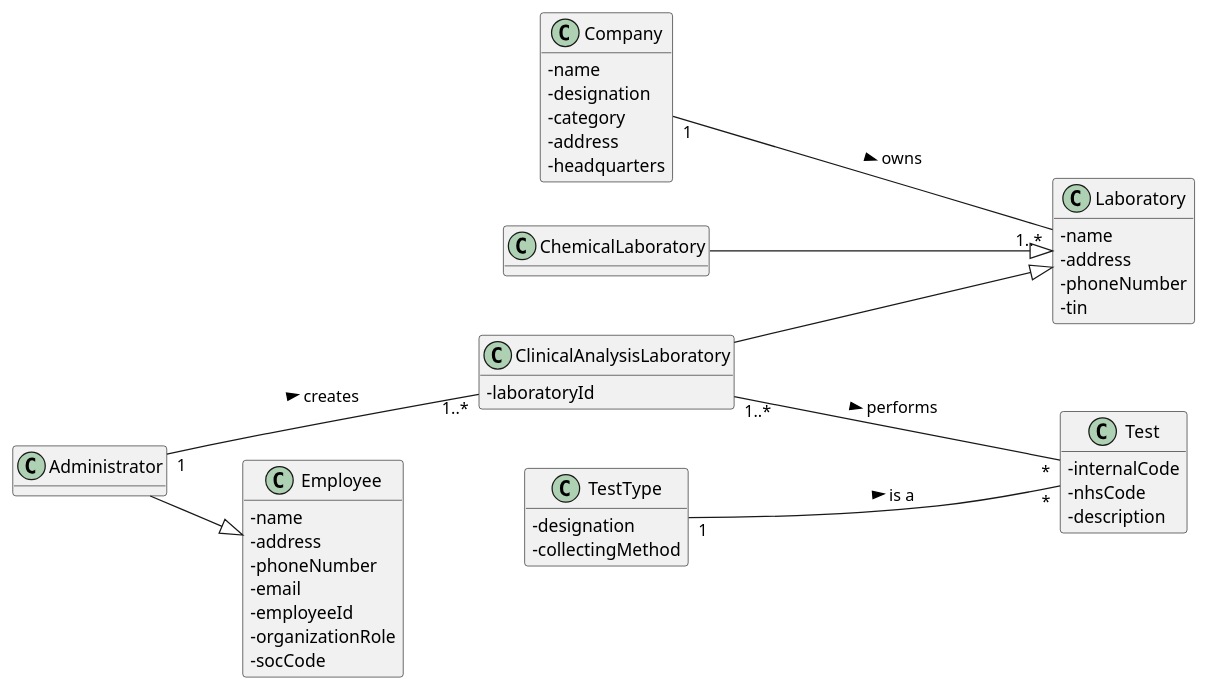
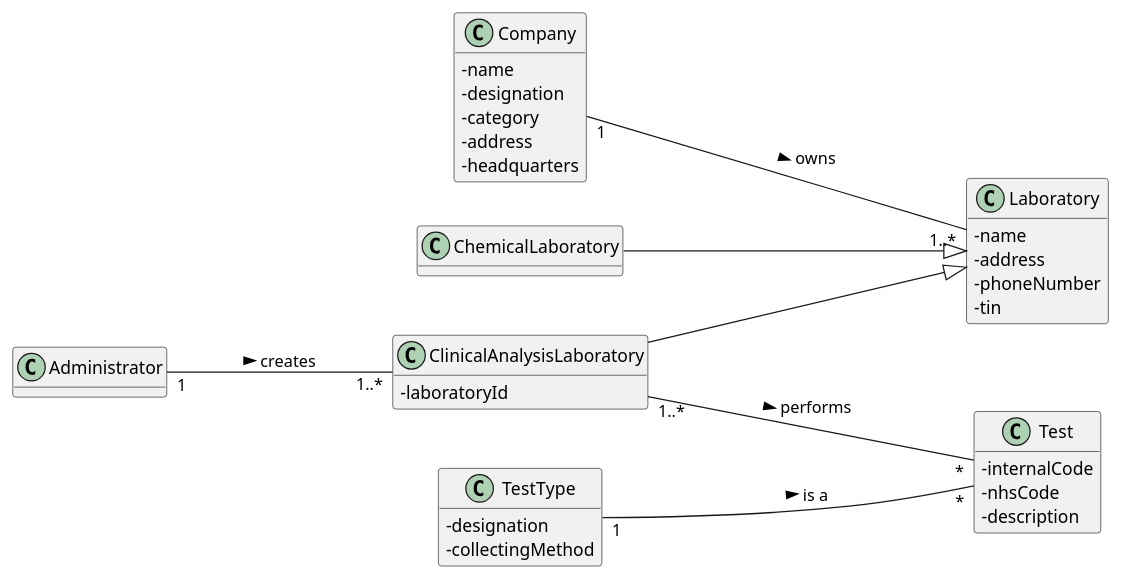
The diagram in docs/SprintB/US08/US08_MD.puml (manu-07-ela/LAPR2_ISEP), drawn with PlantUML before and after one commit. The commit also changed 2 other files, not shown here.

```diff
--- a/docs/SprintB/US08/US08_MD.puml
+++ b/docs/SprintB/US08/US08_MD.puml
@@ -1,65 +1,54 @@
 @startuml
 hide methods
 left to right direction
 skinparam classAttributeIconSize 0
 
 
 class Test{
 -internalCode
 -nhsCode
 -description
 }
 
 class Company{
 -name
 -designation
 -category
 -address
 -headquarters
 }
 
 class Laboratory {
   -name
   -address
   -phoneNumber
   -tin
 }
 
 class ClinicalAnalysisLaboratory {
   -laboratoryId
 }
 
-class Employee {
-  -name
-  -address
-  -phoneNumber
-  -email
-  -employeeId
-  -organizationRole
-  -socCode
-}
-
 class TestType{
 -designation
 -collectingMethod
 }
 
 class ChemicalLaboratory{
 
 }
 
 class Administrator {
 
 }
 
 Company "1"---- "1..*" Laboratory : owns >
 ClinicalAnalysisLaboratory ----|> Laboratory
 ClinicalAnalysisLaboratory "1..*"----"*" Test : performs >
 TestType "1"----"*" Test : is a >
 Administrator "1"---"1..*"ClinicalAnalysisLaboratory : creates >
-Administrator --|> Employee
 ChemicalLaboratory ----|> Laboratory
 
 
 
 @enduml
```
